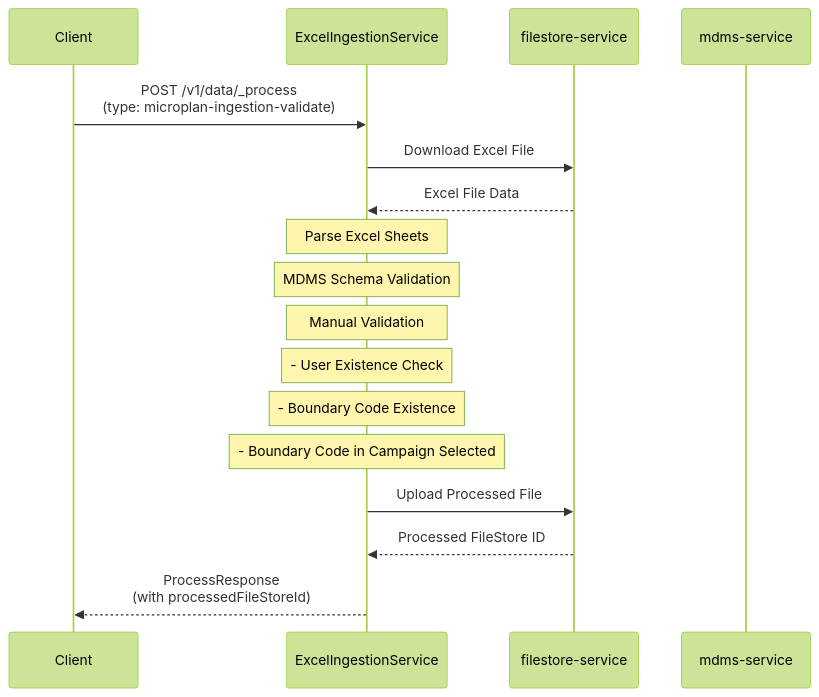
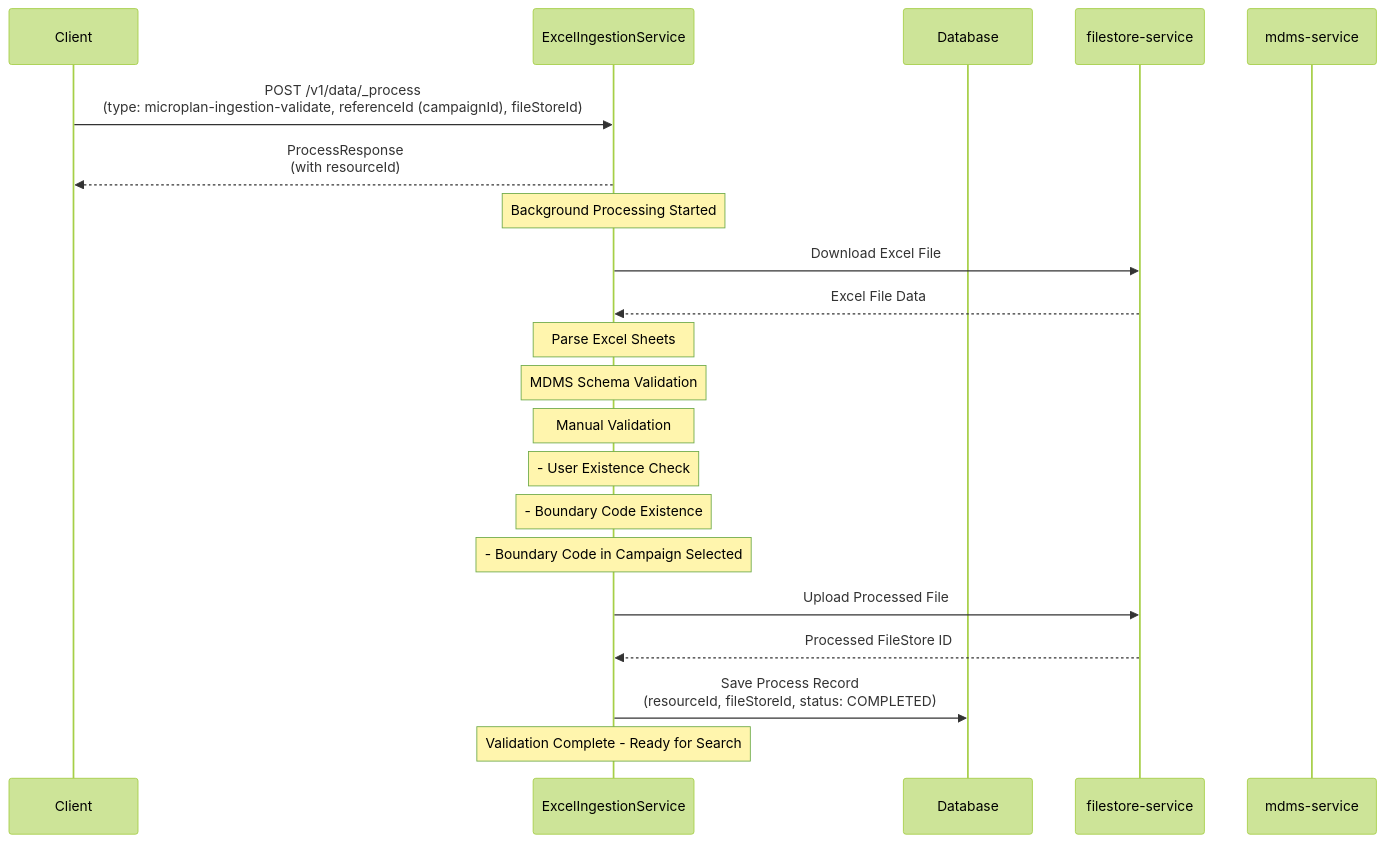
One commit to ashish-egov/campaign-whole-sheet-ingestion changed the second of 5 diagrams in DESIGN.md. Above: the diagram before and after it, drawn with Mermaid (forest theme). The commit also changed other lines of this file, not shown here.

````diff
--- a/DESIGN.md
+++ b/DESIGN.md
@@ -43,24 +52,31 @@
 ```mermaid
 sequenceDiagram
     participant Client
     participant ExcelIngestionService
+    participant Database
     participant filestore-service
     participant mdms-service
     
-    Client->>ExcelIngestionService: POST /v1/data/_process<br/>(type: microplan-ingestion-validate)
+    Client->>ExcelIngestionService: POST /v1/data/_process<br/>(type: microplan-ingestion-validate, referenceId (campaignId), fileStoreId)
+    
+    ExcelIngestionService-->>Client: ProcessResponse<br/>(with resourceId)
+    
+    Note over ExcelIngestionService: Background Processing Started
     
     ExcelIngestionService->>filestore-service: Download Excel File
     filestore-service-->>ExcelIngestionService: Excel File Data
     
     Note over ExcelIngestionService: Parse Excel Sheets
     Note over ExcelIngestionService: MDMS Schema Validation
     Note over ExcelIngestionService: Manual Validation
     Note over ExcelIngestionService: - User Existence Check
     Note over ExcelIngestionService: - Boundary Code Existence
     Note over ExcelIngestionService: - Boundary Code in Campaign Selected
     
     ExcelIngestionService->>filestore-service: Upload Processed File
     filestore-service-->>ExcelIngestionService: Processed FileStore ID
     
-    ExcelIngestionService-->>Client: ProcessResponse<br/>(with processedFileStoreId)
+    ExcelIngestionService->>Database: Save Process Record<br/>(resourceId, fileStoreId, status: COMPLETED)
+    
+    Note over ExcelIngestionService: Validation Complete - Ready for Search
 ```
````
